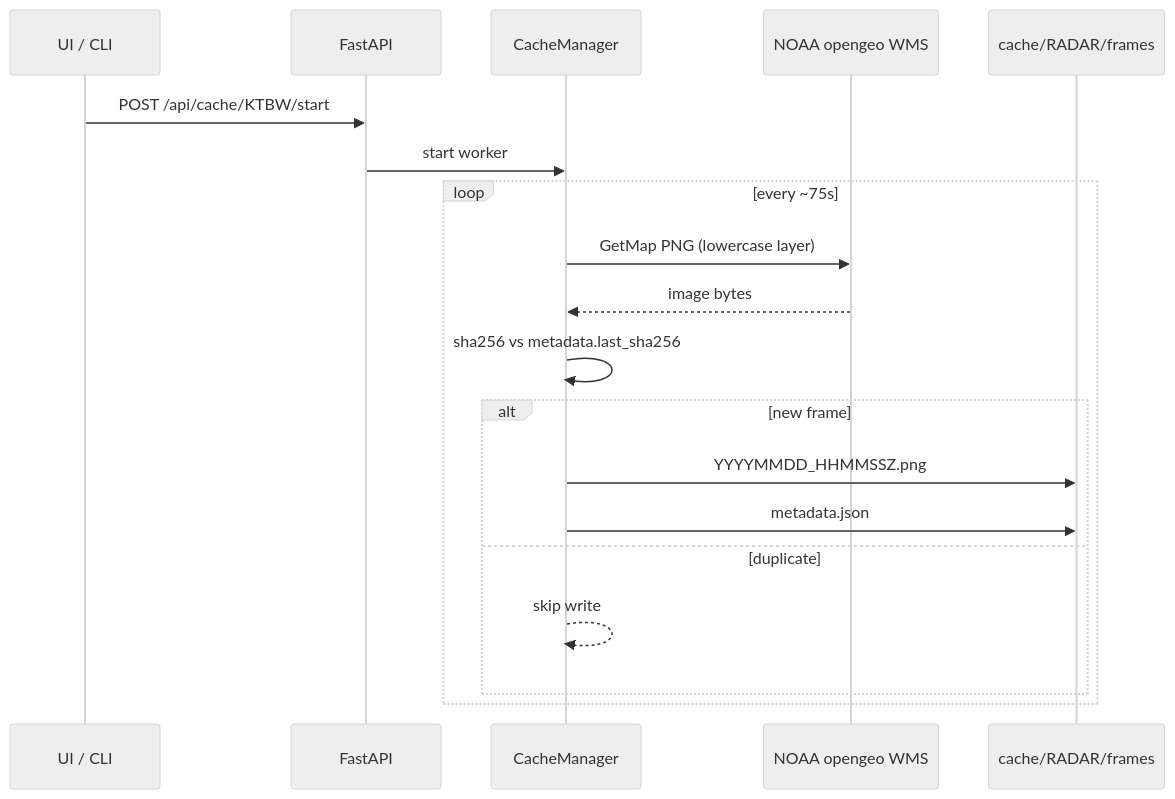
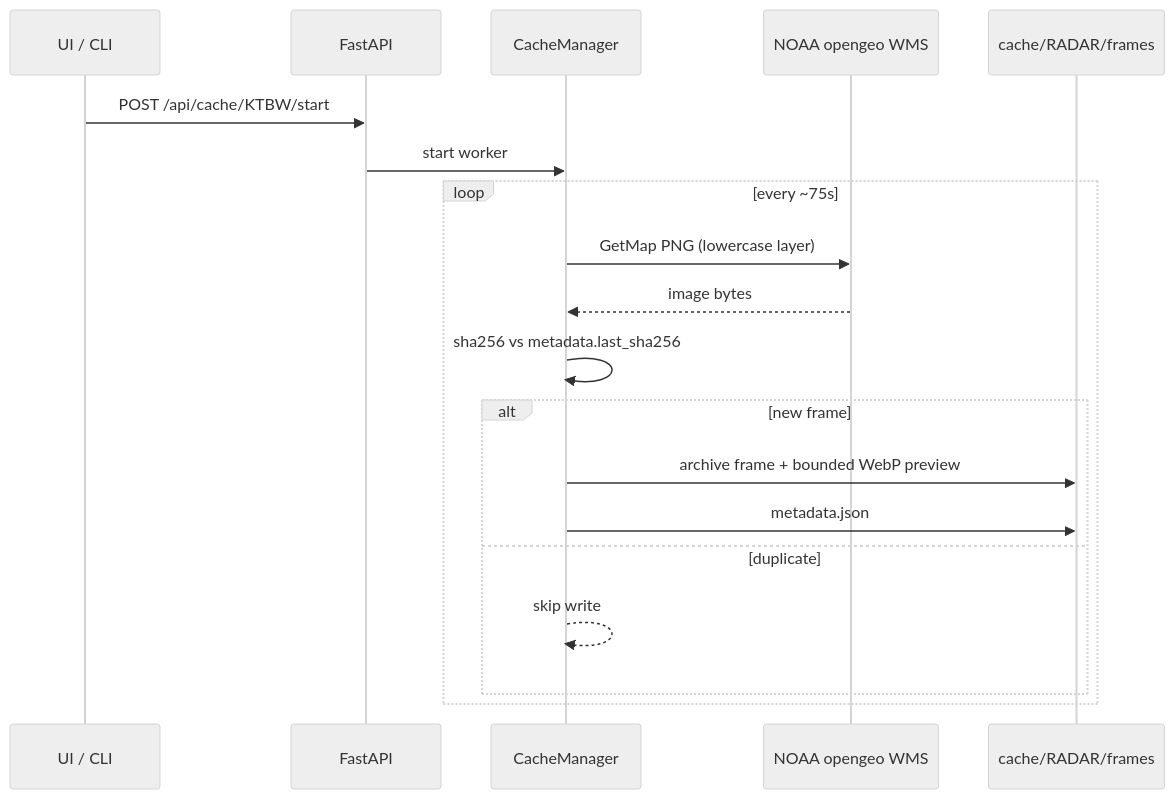
Before and after one commit to gustavorubim/weatherapp: the third of 4 diagrams in README.md, drawn with Mermaid (neutral theme). The commit also changed other lines of this file and 9 other files, not shown here.

````diff
--- a/README.md
+++ b/README.md
@@ -149,22 +151,22 @@
 ```mermaid
 sequenceDiagram
   participant UI as UI / CLI
   participant API as FastAPI
   participant CM as CacheManager
   participant WMS as NOAA opengeo WMS
   participant Disk as cache/RADAR/frames
 
   UI->>API: POST /api/cache/KTBW/start
   API->>CM: start worker
   loop every ~75s
     CM->>WMS: GetMap PNG (lowercase layer)
     WMS-->>CM: image bytes
     CM->>CM: sha256 vs metadata.last_sha256
     alt new frame
-      CM->>Disk: YYYYMMDD_HHMMSSZ.png
+      CM->>Disk: archive frame + bounded WebP preview
       CM->>Disk: metadata.json
     else duplicate
       CM-->>CM: skip write
     end
   end
 ```
````
